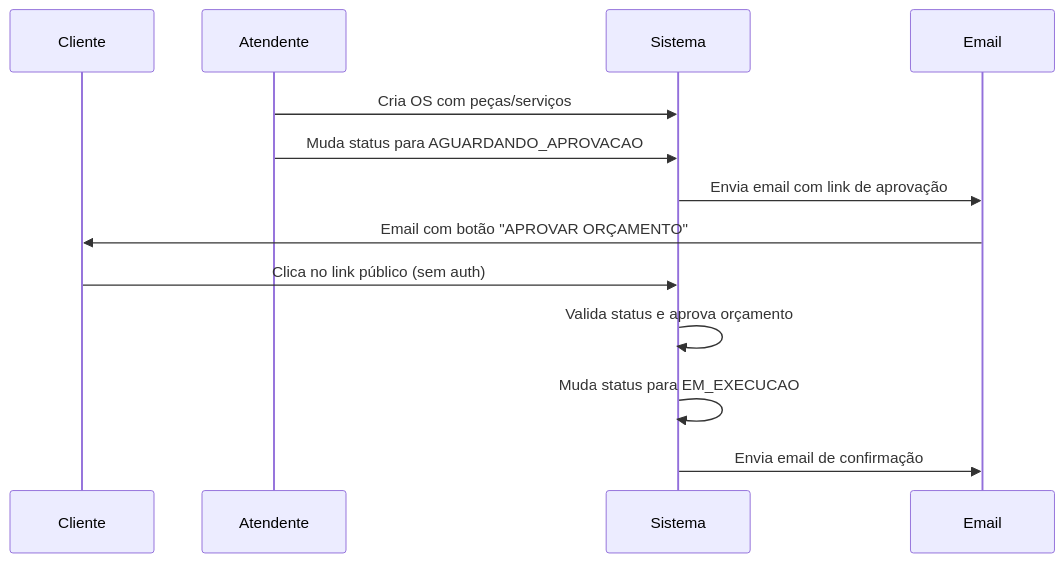
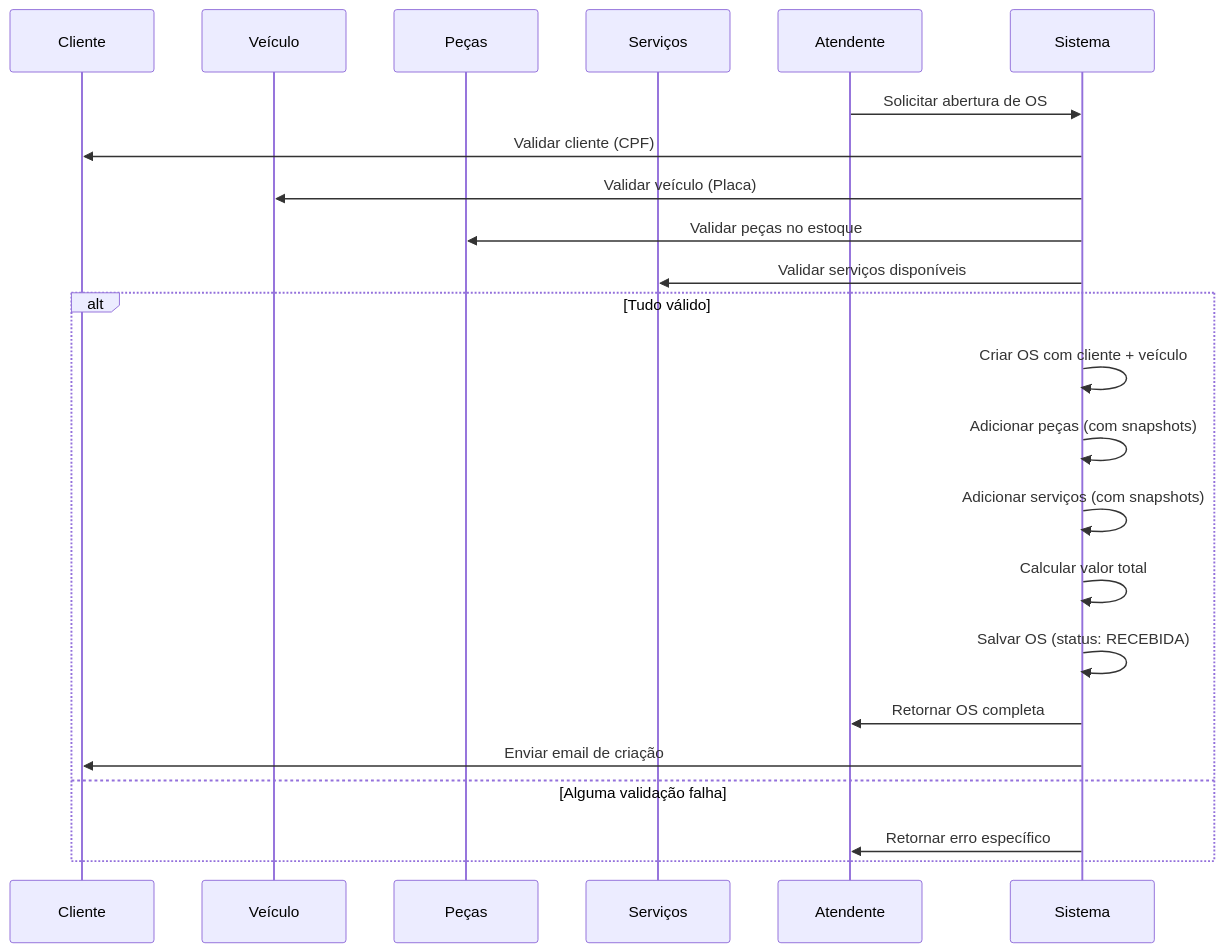
The third of 4 diagrams in README.md (ThaisAzuos/fiap-tech-challenge-app), drawn with Mermaid before and after one commit. The commit also changed other lines of this file and 21 other files, not shown here.

````diff
--- a/README.md
+++ b/README.md
@@ -272,16 +308,27 @@
 ```mermaid
 sequenceDiagram
     participant C as Cliente
+    participant V as Veículo
+    participant P as Peças
+    participant S as Serviços
     participant A as Atendente
-    participant S as Sistema
-    participant E as Email
+    participant SY as Sistema
 
-    A->>S: Cria OS com peças/serviços
-    A->>S: Muda status para AGUARDANDO_APROVACAO
-    S->>E: Envia email com link de aprovação
-    E->>C: Email com botão "APROVAR ORÇAMENTO"
-    C->>S: Clica no link público (sem auth)
-    S->>S: Valida status e aprova orçamento
-    S->>S: Muda status para EM_EXECUCAO
-    S->>E: Envia email de confirmação
+    A->>SY: Solicitar abertura de OS
+    SY->>C: Validar cliente (CPF)
+    SY->>V: Validar veículo (Placa)
+    SY->>P: Validar peças no estoque
+    SY->>S: Validar serviços disponíveis
+
+    alt Tudo válido
+        SY->>SY: Criar OS com cliente + veículo
+        SY->>SY: Adicionar peças (com snapshots)
+        SY->>SY: Adicionar serviços (com snapshots)
+        SY->>SY: Calcular valor total
+        SY->>SY: Salvar OS (status: RECEBIDA)
+        SY->>A: Retornar OS completa
+        SY->>C: Enviar email de criação
+    else Alguma validação falha
+        SY->>A: Retornar erro específico
+    end
 ```
````
